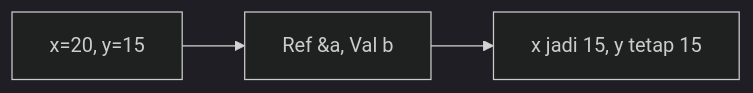
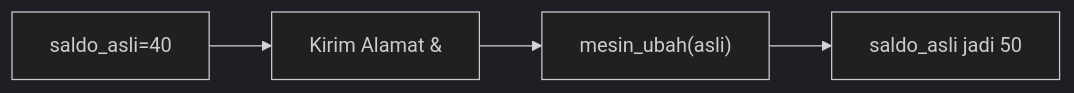
Diagram 12 of 25 in part-c-pemahaman-cpp/04-fungsi/latihan/set-11.md (amnahwaida/OSNK_INF_PREP), drawn with Mermaid (dark theme) before and after one commit. The commit also changed other lines of this file and 71 other files, not shown here.

````diff
--- a/part-c-pemahaman-cpp/04-fungsi/latihan/set-11.md
+++ b/part-c-pemahaman-cpp/04-fungsi/latihan/set-11.md
@@ -315,5 +329,6 @@
 ```mermaid
 graph LR
-A["x=20, y=15"] --> B["Ref &a, Val b"]
-B --> C["x jadi 15, y tetap 15"]
+A["saldo_asli=40"] --> B["Kirim Alamat &"]
+B --> C["mesin_ubah(asli)"]
+C --> D["saldo_asli jadi 50"]
 ```
````
